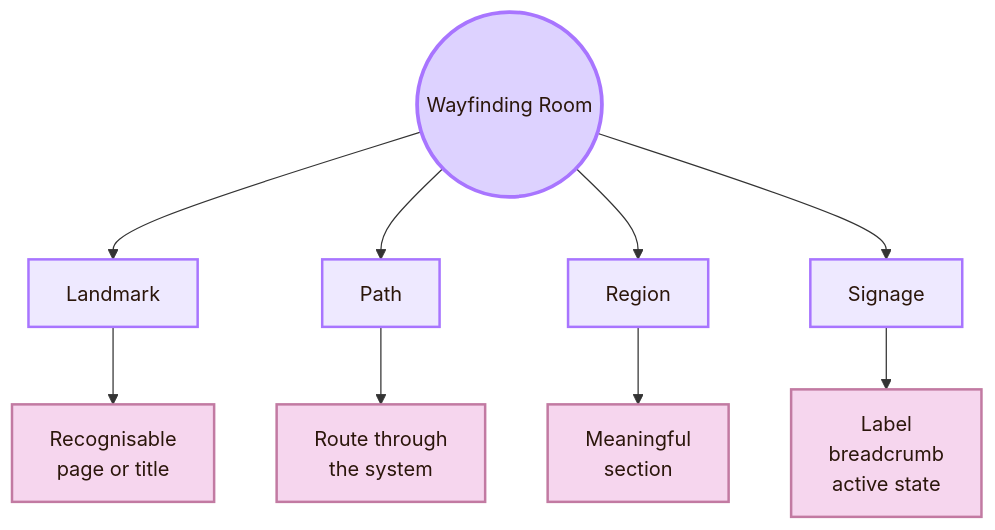
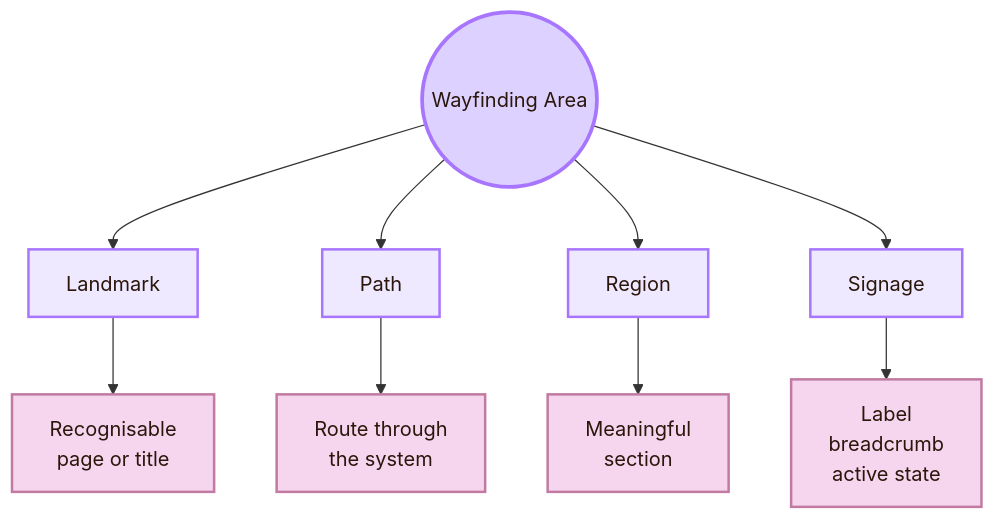
The fifth of 9 diagrams in 01_Core_Area_HCI/001_Subareas/02_System_Design/Connections.md (andreitegzes06-ui/CogniShire), drawn with Mermaid before and after one commit. The commit also changed other lines of this file and 132 other files, not shown here.

````diff
--- a/01_Core_Area_HCI/001_Subareas/02_System_Design/Connections.md
+++ b/01_Core_Area_HCI/001_Subareas/02_System_Design/Connections.md
@@ -201,22 +150,22 @@
 ```mermaid
 flowchart TB
-    A((Wayfinding Room))
+    A((Wayfinding Area))
 
     A --> B[Landmark]
     A --> C[Path]
     A --> D[Region]
     A --> E[Signage]
 
     B --> B1[Recognisable<br/>page or title]
     C --> C1[Route through<br/>the system]
     D --> D1[Meaningful<br/>section]
     E --> E1[Label<br/>breadcrumb<br/>active state]
 
     classDef center fill:#ddd2ff,stroke:#a875ff,color:#2b160b,stroke-width:3px;
     classDef node fill:#eee9ff,stroke:#a875ff,color:#2b160b,stroke-width:2px;
     classDef detail fill:#f6d6ee,stroke:#c27aa2,color:#2b160b,stroke-width:2px;
 
     class A center;
     class B,C,D,E node;
     class B1,C1,D1,E1 detail;
 ```
````
